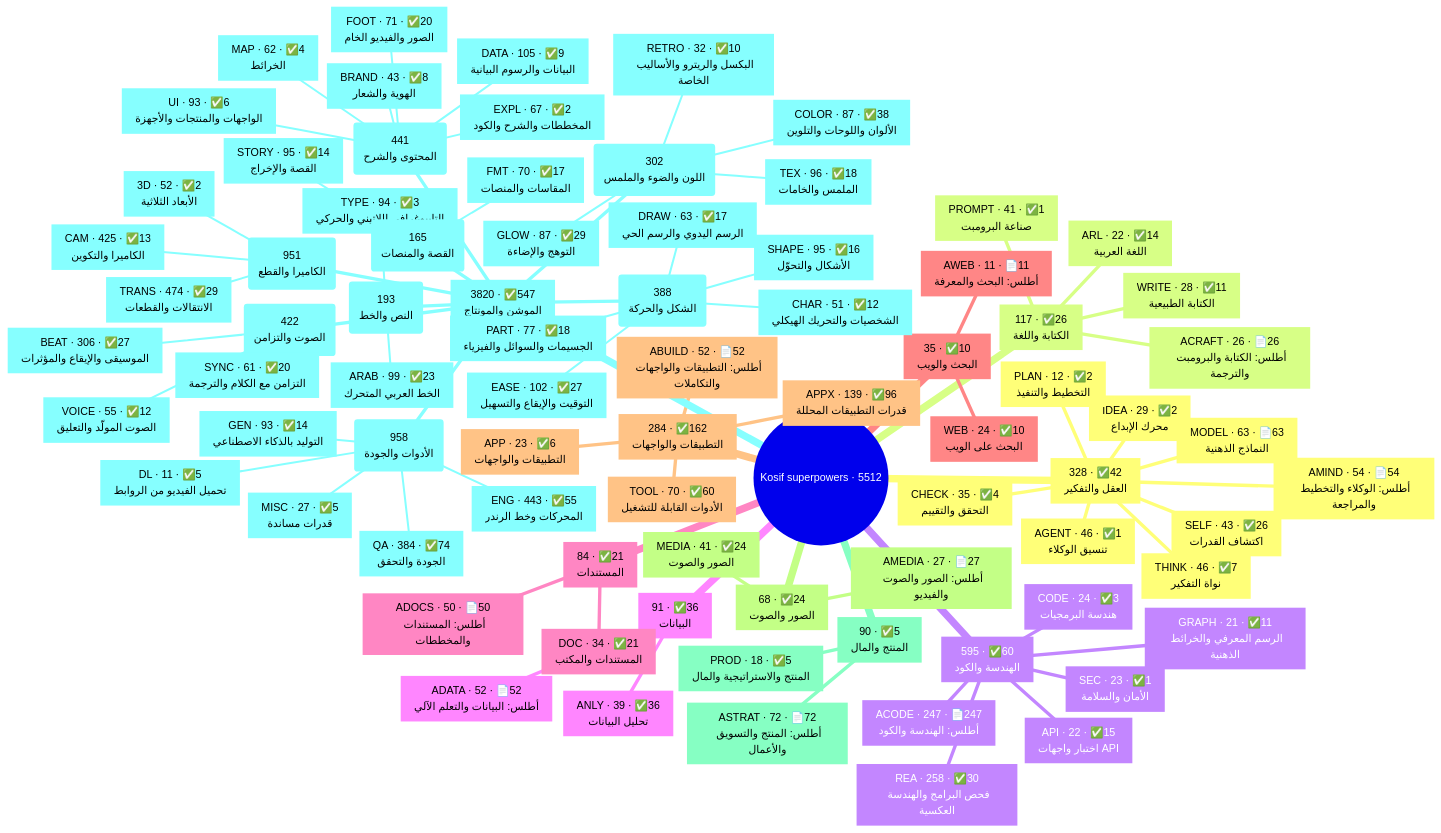
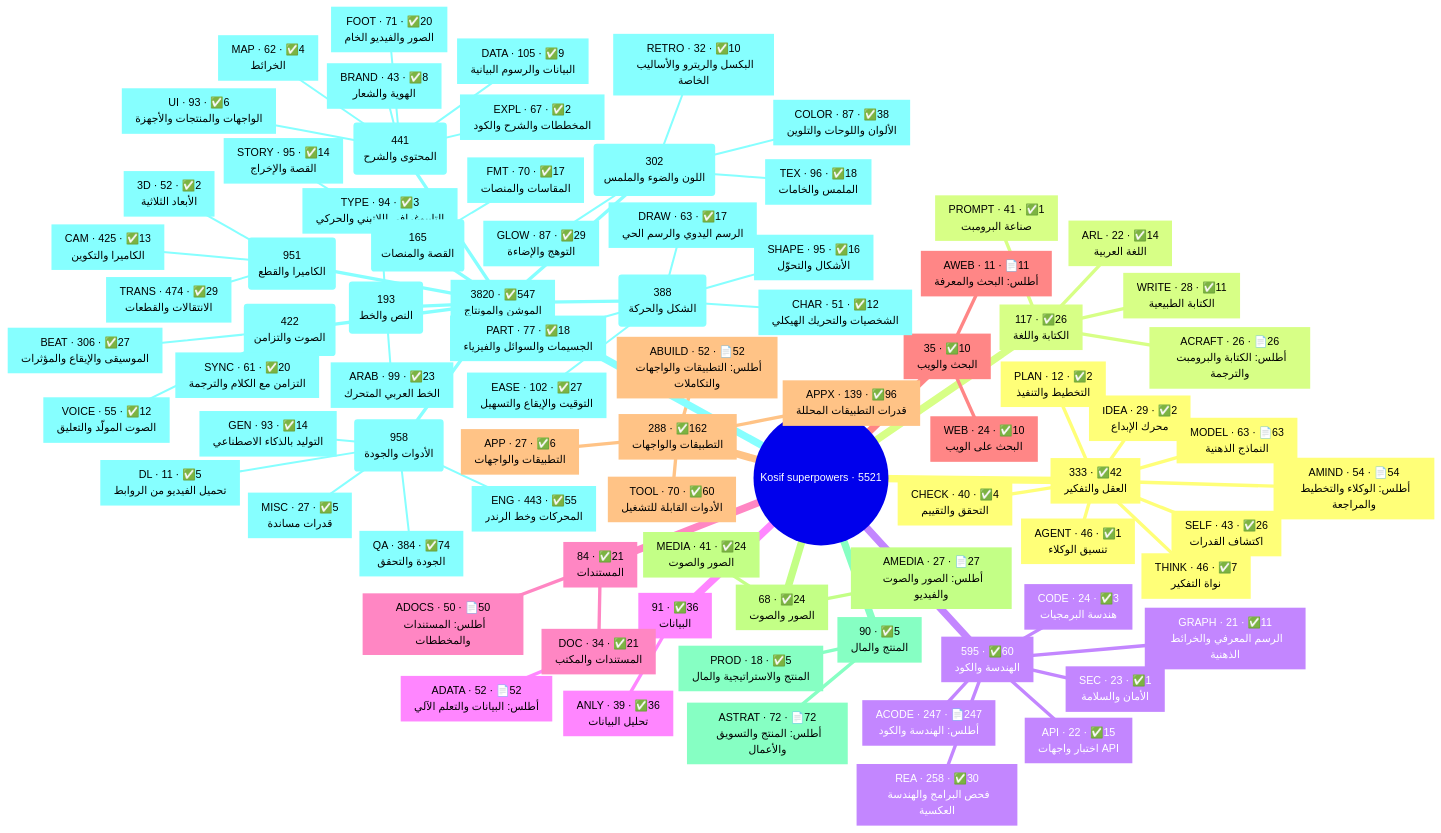
One commit to kosif199022-jpg/kosif-tool changed the first of 2 diagrams in .claude/skills/kosif-superpowers/references/capability-map.md. Above: the diagram before and after it, drawn with Mermaid. The commit also changed other lines of this file and 48 other files, not shown here.

First line of the commit message:
Transfer every-joule-lesson1 lesson-integrity methods into kosif-superpowers

````diff
--- a/.claude/skills/kosif-superpowers/references/capability-map.md
+++ b/.claude/skills/kosif-superpowers/references/capability-map.md
@@ -18,7 +18,7 @@
 ```mermaid
 mindmap
-  root((Kosif superpowers · 5512))
-    n1["`328 · ✅42
+  root((Kosif superpowers · 5521))
+    n1["`333 · ✅42
 العقل والتفكير`"]
       n2["`MODEL · 63 · 📄63
 النماذج الذهنية`"]
@@ -30,7 +30,7 @@
 نواة التفكير`"]
       n6["`SELF · 43 · ✅26
 اكتشاف القدرات`"]
-      n7["`CHECK · 35 · ✅4
+      n7["`CHECK · 40 · ✅4
 التحقق والتقييم`"]
       n8["`IDEA · 29 · ✅2
 محرك الإبداع`"]
@@ -78,7 +78,7 @@
 البحث على الويب`"]
       n30["`AWEB · 11 · 📄11
 أطلس: البحث والمعرفة`"]
-    n31["`284 · ✅162
+    n31["`288 · ✅162
 التطبيقات والواجهات`"]
       n32["`APPX · 139 · ✅96
 قدرات التطبيقات المحللة`"]
@@ -86,7 +86,7 @@
 الأدوات القابلة للتشغيل`"]
       n34["`ABUILD · 52 · 📄52
 أطلس: التطبيقات والواجهات والتكاملات`"]
-      n35["`APP · 23 · ✅6
+      n35["`APP · 27 · ✅6
 التطبيقات والواجهات`"]
     n36["`68 · ✅24
 الصور والصوت`"]
````
